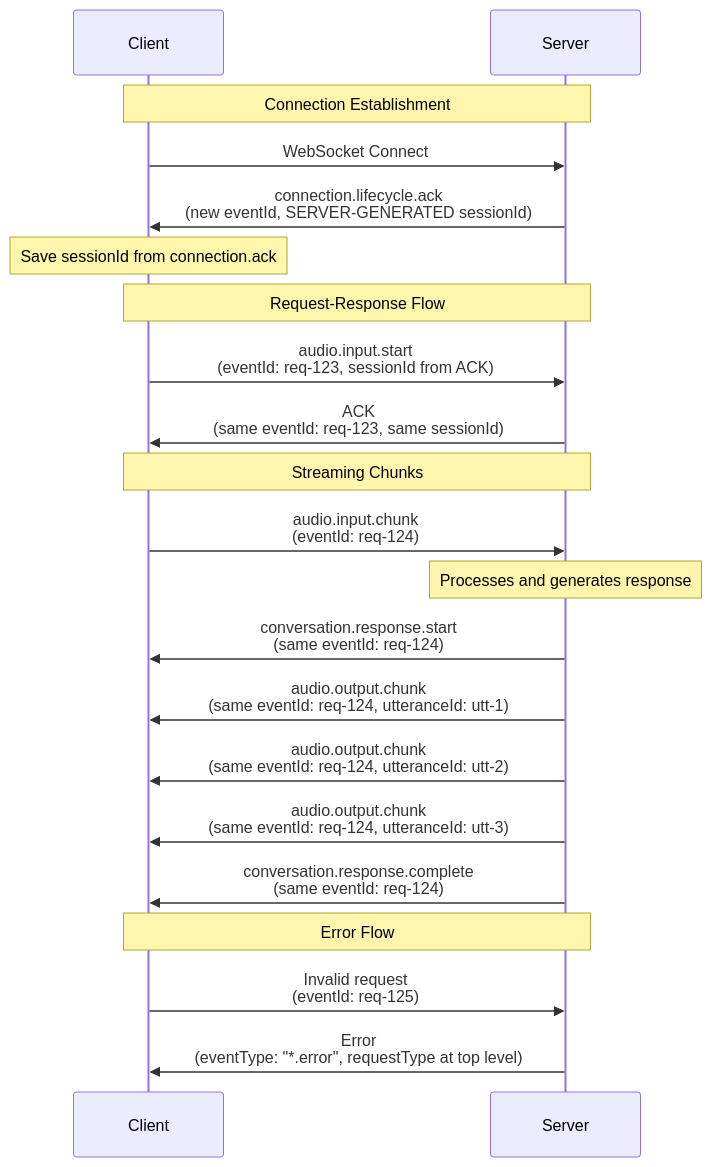
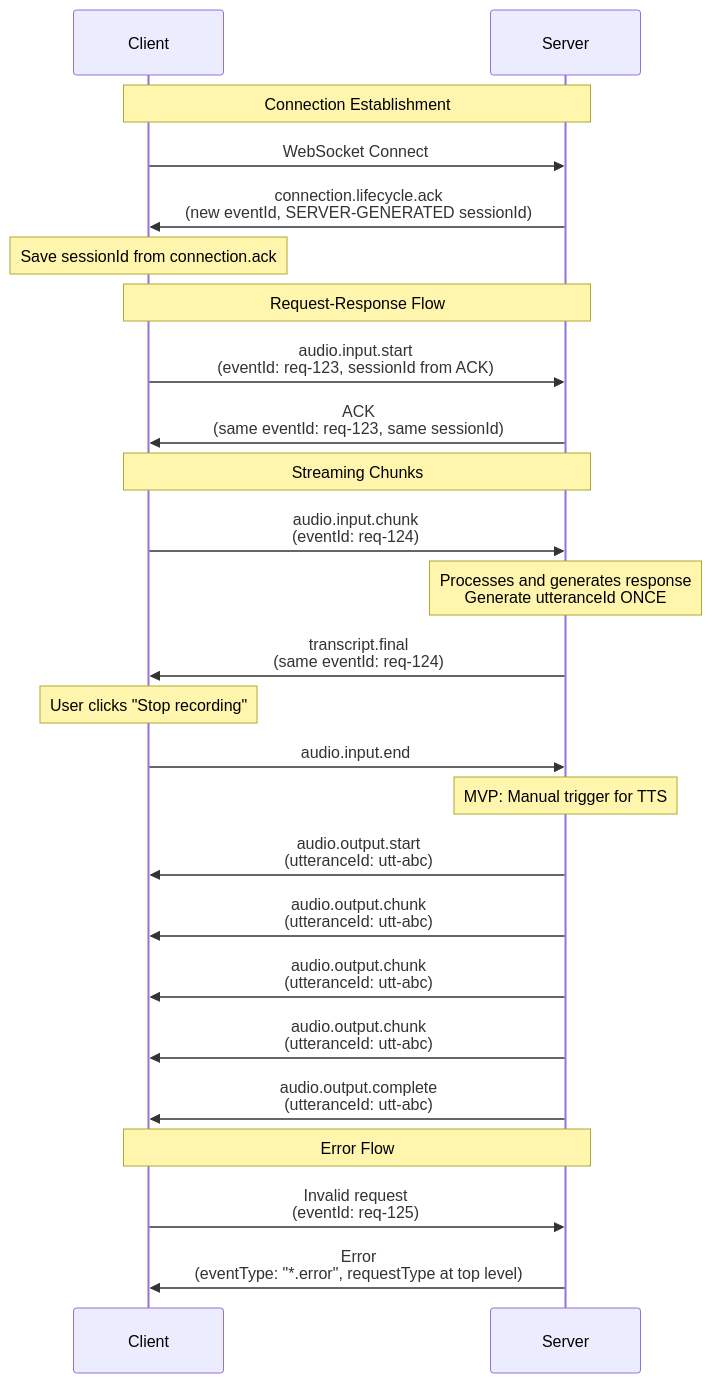
Before and after one commit to Jatin5120/vantum-backend: the second of 2 diagrams in docs/protocol/websocket-protocol.md, drawn with Mermaid. The commit also changed other lines of this file and 55 other files, not shown here.

Commit message:
feat(layer-2): implement TTS pipeline, optimize STT transcript accumulation (O(n²)→O(n)), and fix 52 test timeouts

````diff
--- a/docs/protocol/websocket-protocol.md
+++ b/docs/protocol/websocket-protocol.md
@@ -448,27 +596,33 @@
 ```mermaid
 sequenceDiagram
     participant Client
     participant Server
 
     Note over Client,Server: Connection Establishment
     Client->>Server: WebSocket Connect
     Server->>Client: connection.lifecycle.ack<br/>(new eventId, SERVER-GENERATED sessionId)
     Note over Client: Save sessionId from connection.ack
 
     Note over Client,Server: Request-Response Flow
     Client->>Server: audio.input.start<br/>(eventId: req-123, sessionId from ACK)
     Server->>Client: ACK<br/>(same eventId: req-123, same sessionId)
 
     Note over Client,Server: Streaming Chunks
     Client->>Server: audio.input.chunk<br/>(eventId: req-124)
-    Note over Server: Processes and generates response
-    Server->>Client: conversation.response.start<br/>(same eventId: req-124)
-    Server->>Client: audio.output.chunk<br/>(same eventId: req-124, utteranceId: utt-1)
-    Server->>Client: audio.output.chunk<br/>(same eventId: req-124, utteranceId: utt-2)
-    Server->>Client: audio.output.chunk<br/>(same eventId: req-124, utteranceId: utt-3)
-    Server->>Client: conversation.response.complete<br/>(same eventId: req-124)
+    Note over Server: Processes and generates response<br/>Generate utteranceId ONCE
+    Server->>Client: transcript.final<br/>(same eventId: req-124)
+
+    Note over Client: User clicks "Stop recording"
+    Client->>Server: audio.input.end
+    Note over Server: MVP: Manual trigger for TTS
+
+    Server->>Client: audio.output.start<br/>(utteranceId: utt-abc)
+    Server->>Client: audio.output.chunk<br/>(utteranceId: utt-abc)
+    Server->>Client: audio.output.chunk<br/>(utteranceId: utt-abc)
+    Server->>Client: audio.output.chunk<br/>(utteranceId: utt-abc)
+    Server->>Client: audio.output.complete<br/>(utteranceId: utt-abc)
 
     Note over Client,Server: Error Flow
     Client->>Server: Invalid request<br/>(eventId: req-125)
     Server->>Client: Error<br/>(eventType: "*.error", requestType at top level)
 ```
````
